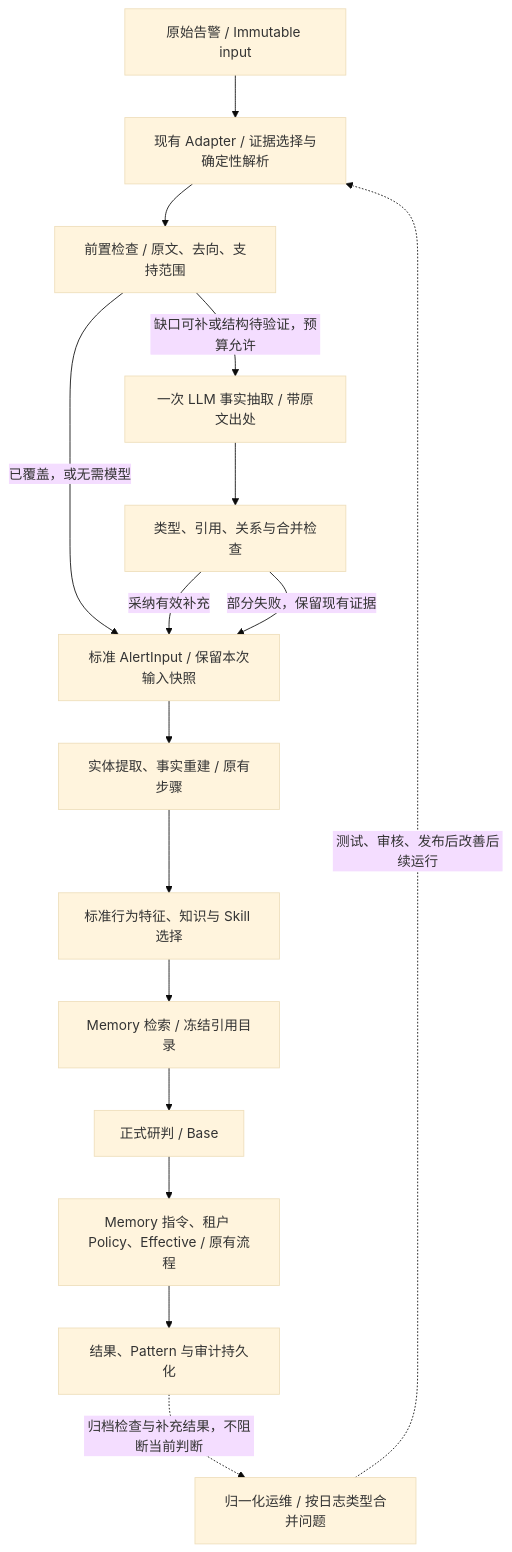
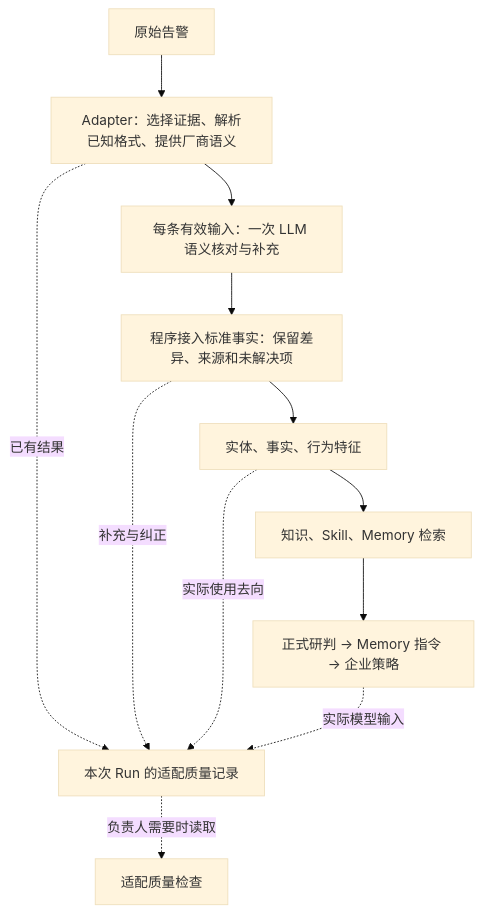
Before and after one commit to yydspanda/deer-flow: the diagram in .notes/ai_soc/architecture/normalization-assistance-design.md, drawn with Mermaid (base theme). The commit also changed other lines of this file and 55 other files, not shown here.

````diff
--- a/.notes/ai_soc/architecture/normalization-assistance-design.md
+++ b/.notes/ai_soc/architecture/normalization-assistance-design.md
@@ -139,18 +51,14 @@
 ```mermaid
 flowchart TD
-    I["原始告警 / Immutable input"] --> A["现有 Adapter / 证据选择与确定性解析"]
-    A --> C["前置检查 / 原文、去向、支持范围"]
-    C -->|"已覆盖，或无需模型"| N["标准 AlertInput / 保留本次输入快照"]
-    C -->|"缺口可补或结构待验证，预算允许"| L["一次 LLM 事实抽取 / 带原文出处"]
-    L --> V["类型、引用、关系与合并检查"]
-    V -->|"采纳有效补充"| N
-    V -->|"部分失败，保留现有证据"| N
-    N --> E["实体提取、事实重建 / 原有步骤"]
-    E --> F["标准行为特征、知识与 Skill 选择"]
-    F --> M["Memory 检索 / 冻结引用目录"]
-    M --> R["正式研判 / Base"]
-    R --> D["Memory 指令、租户 Policy、Effective / 原有流程"]
-    D --> P["结果、Pattern 与审计持久化"]
-    P -. "归档检查与补充结果，不阻断当前判断" .-> O["归一化运维 / 按日志类型合并问题"]
-    O -. "测试、审核、发布后改善后续运行" .-> A
+    I["原始告警"] --> A["Adapter：选择证据、解析已知格式、提供厂商语义"]
+    A --> L["每条有效输入：一次 LLM 语义核对与补充"]
+    L --> N["程序接入标准事实：保留差异、来源和未解决项"]
+    N --> F["实体、事实、行为特征"]
+    F --> M["知识、Skill、Memory 检索"]
+    M --> R["正式研判 → Memory 指令 → 企业策略"]
+    A -. "已有结果" .-> Q["本次 Run 的适配质量记录"]
+    N -. "补充与纠正" .-> Q
+    F -. "实际使用去向" .-> Q
+    R -. "实际模型输入" .-> Q
+    Q -. "负责人需要时读取" .-> O["适配质量检查"]
 ```
````
